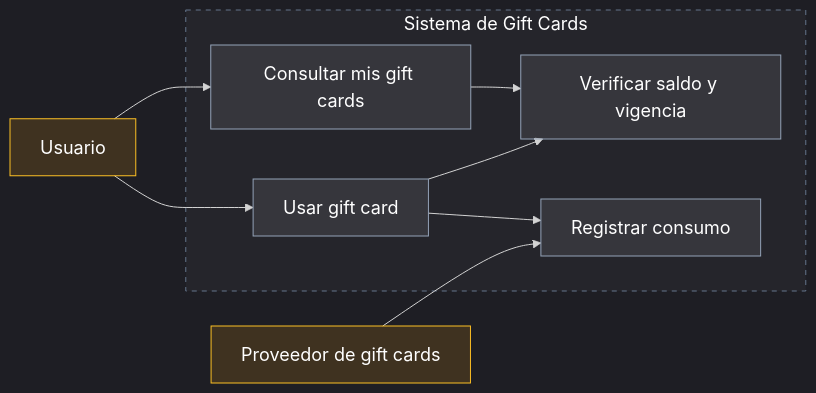
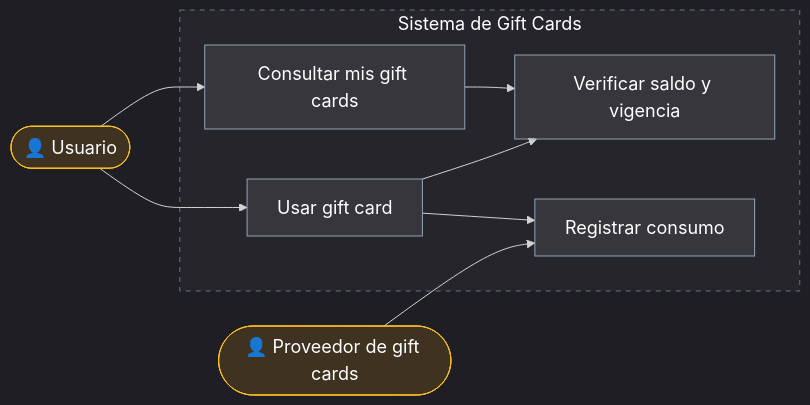
One commit to ezequieljsosa/ddso-unsam changed the first of 4 diagrams in presentaciones/intro/pages/ejemplo-gift-cards.md. Above: the diagram before and after it, drawn with Mermaid. The commit also changed other lines of this file and 16 other files, not shown here.

First line of the commit message:
feat: expand intro and clean-architecture slides with new concepts

````diff
--- a/presentaciones/intro/pages/ejemplo-gift-cards.md
+++ b/presentaciones/intro/pages/ejemplo-gift-cards.md
@@ -20,26 +20,26 @@
 ```mermaid
 %%{init: {"theme":"dark","themeVariables":{"fontFamily":"Inter","fontSize":"18px"}} }%%
 flowchart LR
-    U["Usuario"]
-    P["Proveedor de gift cards"]
+    U(["👤 Usuario"])
+    P(["👤 Proveedor de gift cards"])
 
     subgraph Sistema["Sistema de Gift Cards"]
         C["Consultar mis gift cards"]
         V["Verificar saldo y vigencia"]
         R["Usar gift card"]
         H["Registrar consumo"]
     end
 
     U --> C
     U --> R
     C --> V
     R --> V
     R --> H
     P --> H
 
     classDef actor fill:#f59e0b26,stroke:#fbbf24,stroke-width:1px,color:#ffffff;
     classDef usecase fill:#ffffff14,stroke:#94a3b8,stroke-width:1px,color:#ffffff;
     class U,P actor
     class C,V,R,H usecase
     style Sistema fill:#ffffff08,stroke:#64748b,stroke-dasharray: 5 5,color:#ffffff
 ```
````
